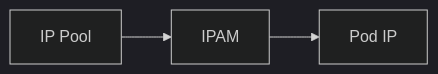
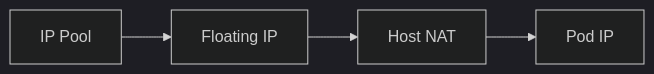
Before and after one commit to OneUptime/blog: the diagram in posts/2026-03-13-migrate-floating-ips-calico-safely/README.md, drawn with Mermaid (dark theme). The commit also changed other lines of this file and 2 other files, not shown here.

Commit message:
validate: 2026-03-13-migrate-floating-ips-calico-safely

````diff
--- a/posts/2026-03-13-migrate-floating-ips-calico-safely/README.md
+++ b/posts/2026-03-13-migrate-floating-ips-calico-safely/README.md
@@ -50,5 +75,6 @@
 ```mermaid
 graph LR
-    POOL[IP Pool] --> ALLOC[IPAM]
-    ALLOC --> POD[Pod IP]
+    POOL[IP Pool] --> FIP[Floating IP]
+    FIP --> NAT[Host NAT]
+    NAT --> POD[Pod IP]
 ```
````
